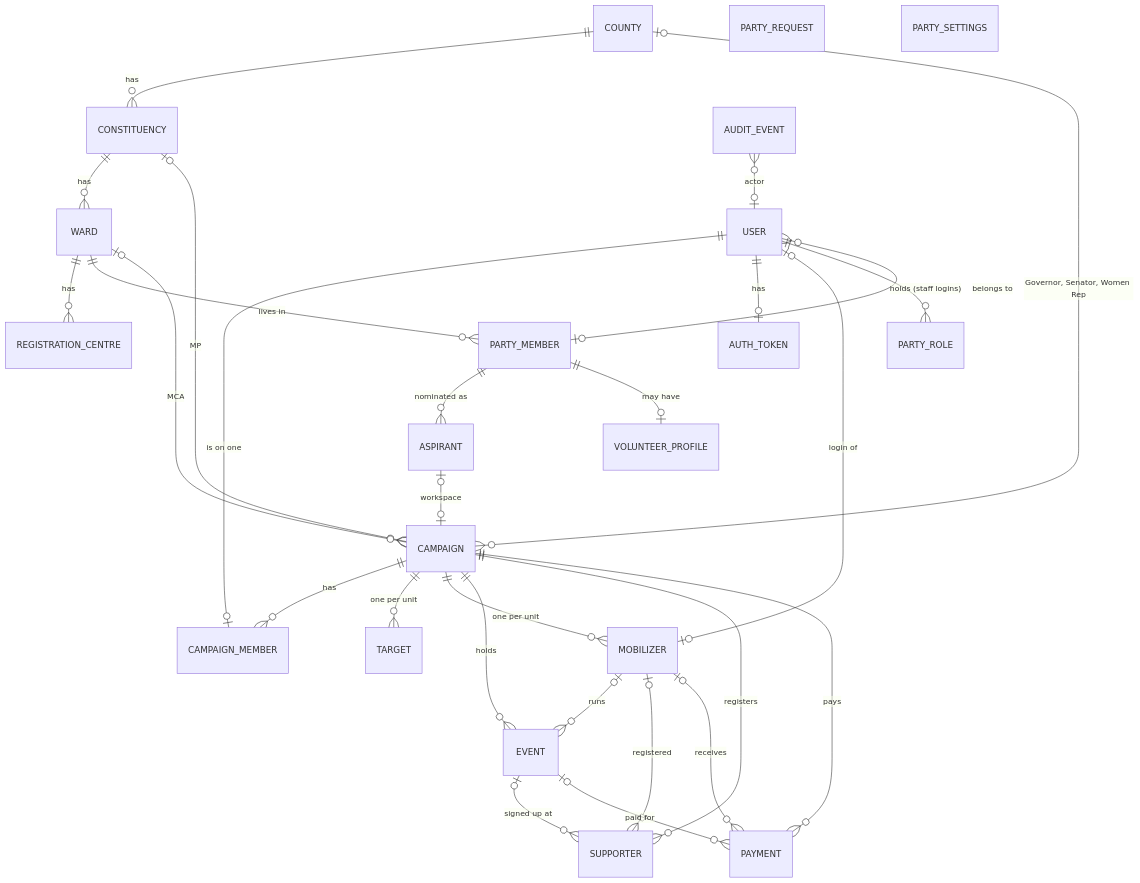
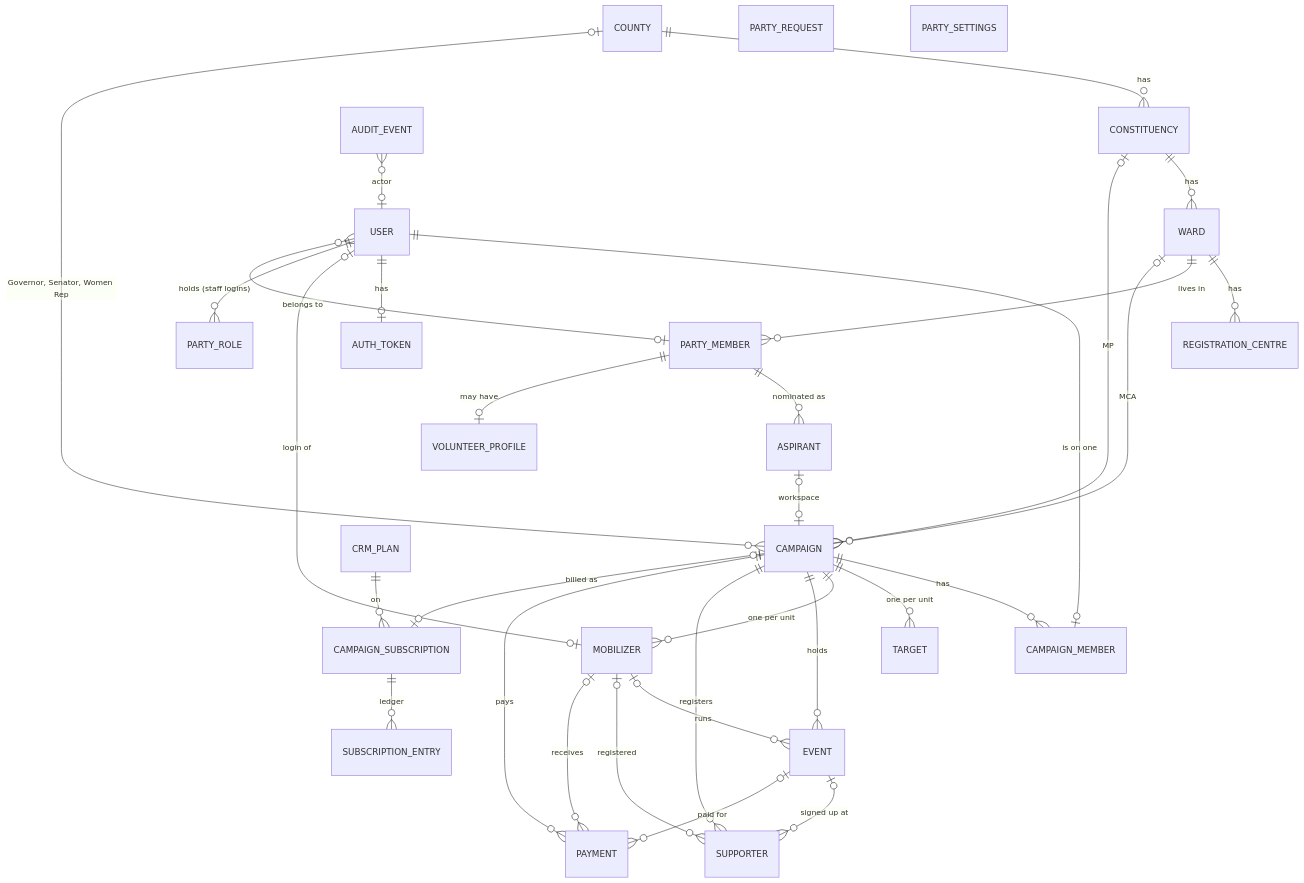
The third of 3 diagrams in docs/SYSTEM.md (JeremyWarui/super-duper-crm), drawn with Mermaid before and after one commit. The commit also changed other lines of this file and 8 other files, not shown here.

````diff
--- a/docs/SYSTEM.md
+++ b/docs/SYSTEM.md
@@ -487,32 +521,35 @@
 ```mermaid
 erDiagram
   COUNTY ||--o{ CONSTITUENCY : has
   CONSTITUENCY ||--o{ WARD : has
   WARD ||--o{ REGISTRATION_CENTRE : has
   CAMPAIGN }o--o| COUNTY : "Governor, Senator, Women Rep"
   CAMPAIGN }o--o| CONSTITUENCY : "MP"
   CAMPAIGN }o--o| WARD : "MCA"
   CAMPAIGN ||--o{ CAMPAIGN_MEMBER : has
   USER ||--o| CAMPAIGN_MEMBER : "is on one"
   USER ||--o| AUTH_TOKEN : has
   CAMPAIGN ||--o{ TARGET : "one per unit"
   CAMPAIGN ||--o{ MOBILIZER : "one per unit"
   CAMPAIGN ||--o{ EVENT : holds
   CAMPAIGN ||--o{ SUPPORTER : registers
   CAMPAIGN ||--o{ PAYMENT : pays
   USER |o--o| MOBILIZER : "login of"
   MOBILIZER |o--o{ EVENT : runs
   MOBILIZER |o--o{ SUPPORTER : registered
   EVENT |o--o{ SUPPORTER : "signed up at"
   EVENT |o--o{ PAYMENT : "paid for"
   MOBILIZER |o--o{ PAYMENT : receives
   USER ||--o{ PARTY_ROLE : "holds (staff logins)"
   USER }o--o| PARTY_MEMBER : "belongs to"
   PARTY_MEMBER ||--o{ ASPIRANT : "nominated as"
   ASPIRANT |o--o| CAMPAIGN : "workspace"
   WARD ||--o{ PARTY_MEMBER : "lives in"
   PARTY_MEMBER ||--o| VOLUNTEER_PROFILE : "may have"
+  CAMPAIGN |o--o| CAMPAIGN_SUBSCRIPTION : "billed as"
+  CRM_PLAN ||--o{ CAMPAIGN_SUBSCRIPTION : "on"
+  CAMPAIGN_SUBSCRIPTION ||--o{ SUBSCRIPTION_ENTRY : "ledger"
   PARTY_REQUEST
   AUDIT_EVENT }o--o| USER : actor
   PARTY_SETTINGS
 ```
````
